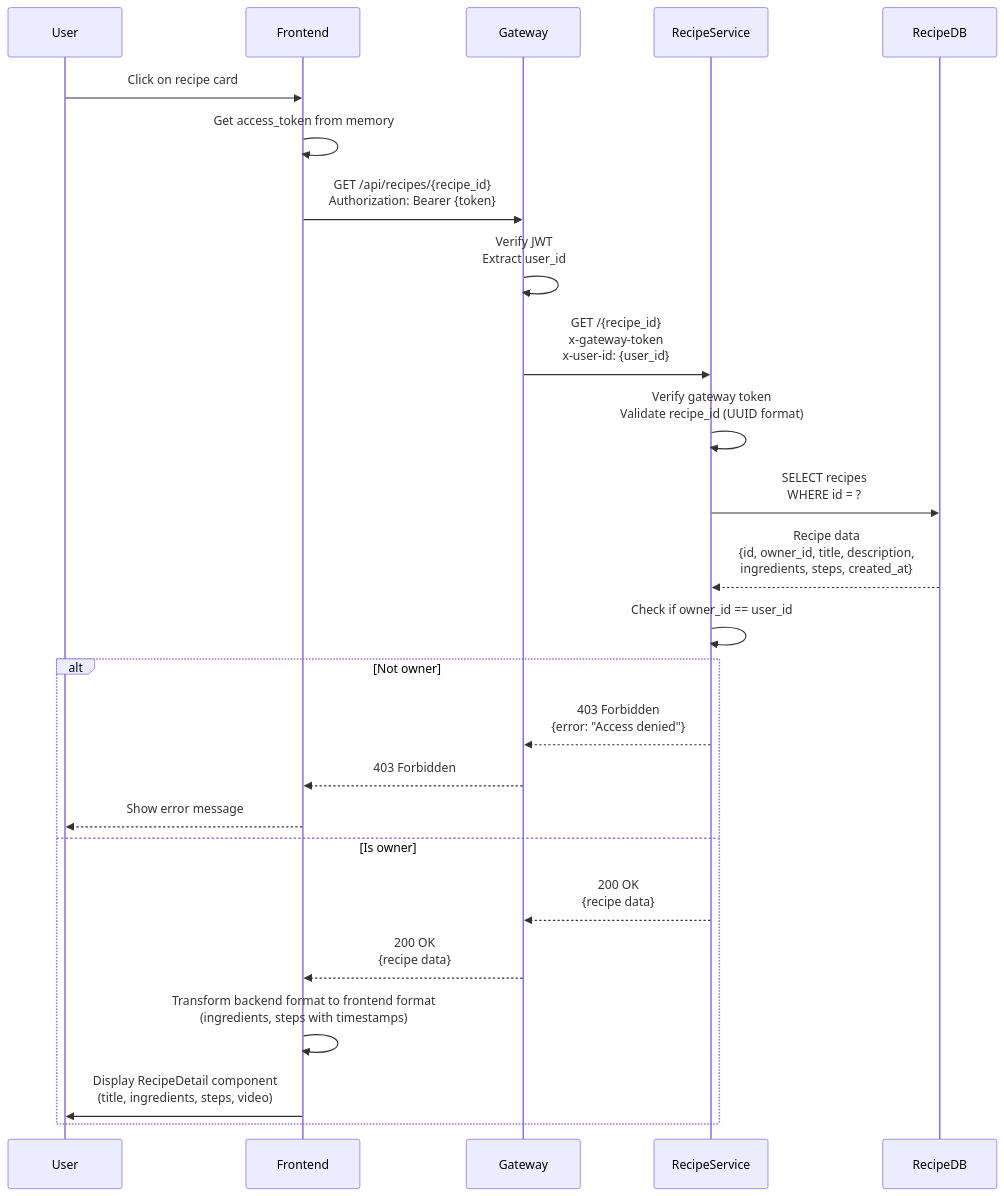
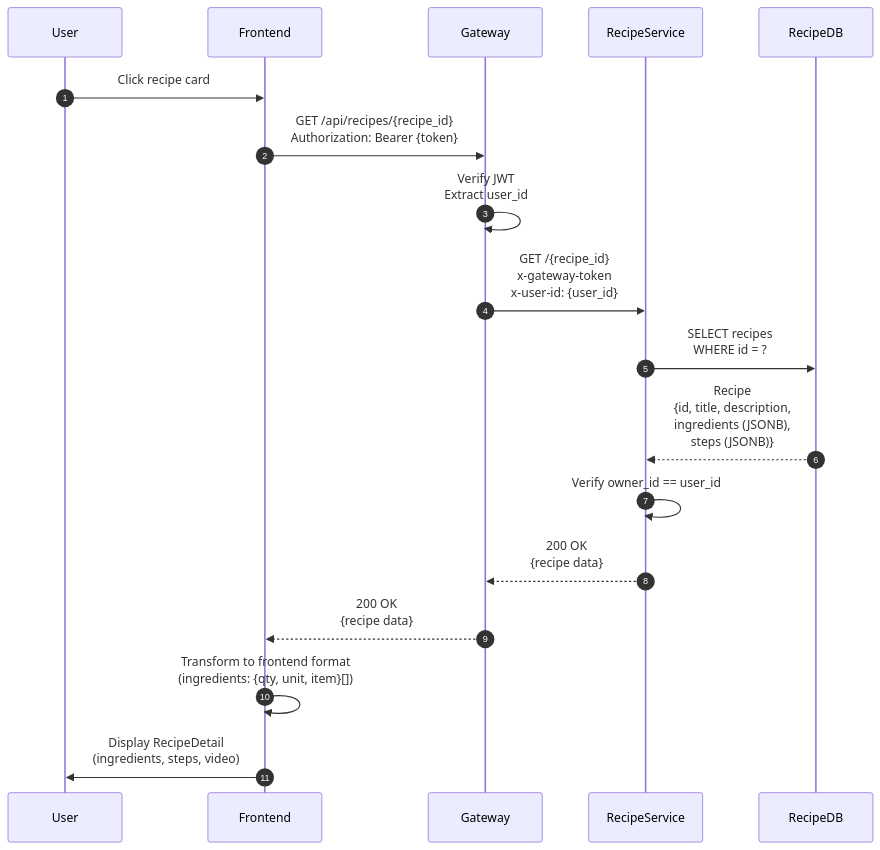
The fifth of 6 diagrams in ARCHITECTURE.md (sharan-s2k/MyCookbook), drawn with Mermaid before and after one commit. The commit also changed other lines of this file, not shown here.

Commit message:
Updating Architecture Documentation

````diff
--- a/ARCHITECTURE.md
+++ b/ARCHITECTURE.md
@@ -510,31 +581,23 @@
 ```mermaid
 sequenceDiagram
+    autonumber
     participant User
     participant Frontend
     participant Gateway
     participant RecipeService
     participant RecipeDB
 
-    User->>Frontend: Click on recipe card
-    Frontend->>Frontend: Get access_token from memory
+    User->>Frontend: Click recipe card
     Frontend->>Gateway: GET /api/recipes/{recipe_id}<br/>Authorization: Bearer {token}
-    
     Gateway->>Gateway: Verify JWT<br/>Extract user_id
     Gateway->>RecipeService: GET /{recipe_id}<br/>x-gateway-token<br/>x-user-id: {user_id}
     
-    RecipeService->>RecipeService: Verify gateway token<br/>Validate recipe_id (UUID format)
     RecipeService->>RecipeDB: SELECT recipes<br/>WHERE id = ?
-    RecipeDB-->>RecipeService: Recipe data<br/>{id, owner_id, title, description,<br/>ingredients, steps, created_at}
+    RecipeDB-->>RecipeService: Recipe<br/>{id, title, description,<br/>ingredients (JSONB),<br/>steps (JSONB)}
     
-    RecipeService->>RecipeService: Check if owner_id == user_id
-    alt Not owner
-        RecipeService-->>Gateway: 403 Forbidden<br/>{error: "Access denied"}
-        Gateway-->>Frontend: 403 Forbidden
-        Frontend-->>User: Show error message
-    else Is owner
-        RecipeService-->>Gateway: 200 OK<br/>{recipe data}
-        Gateway-->>Frontend: 200 OK<br/>{recipe data}
-        Frontend->>Frontend: Transform backend format to frontend format<br/>(ingredients, steps with timestamps)
-        Frontend->>User: Display RecipeDetail component<br/>(title, ingredients, steps, video)
-    end
+    RecipeService->>RecipeService: Verify owner_id == user_id
+    RecipeService-->>Gateway: 200 OK<br/>{recipe data}
+    Gateway-->>Frontend: 200 OK<br/>{recipe data}
+    Frontend->>Frontend: Transform to frontend format<br/>(ingredients: {qty, unit, item}[])
+    Frontend->>User: Display RecipeDetail<br/>(ingredients, steps, video)
 ```
````
